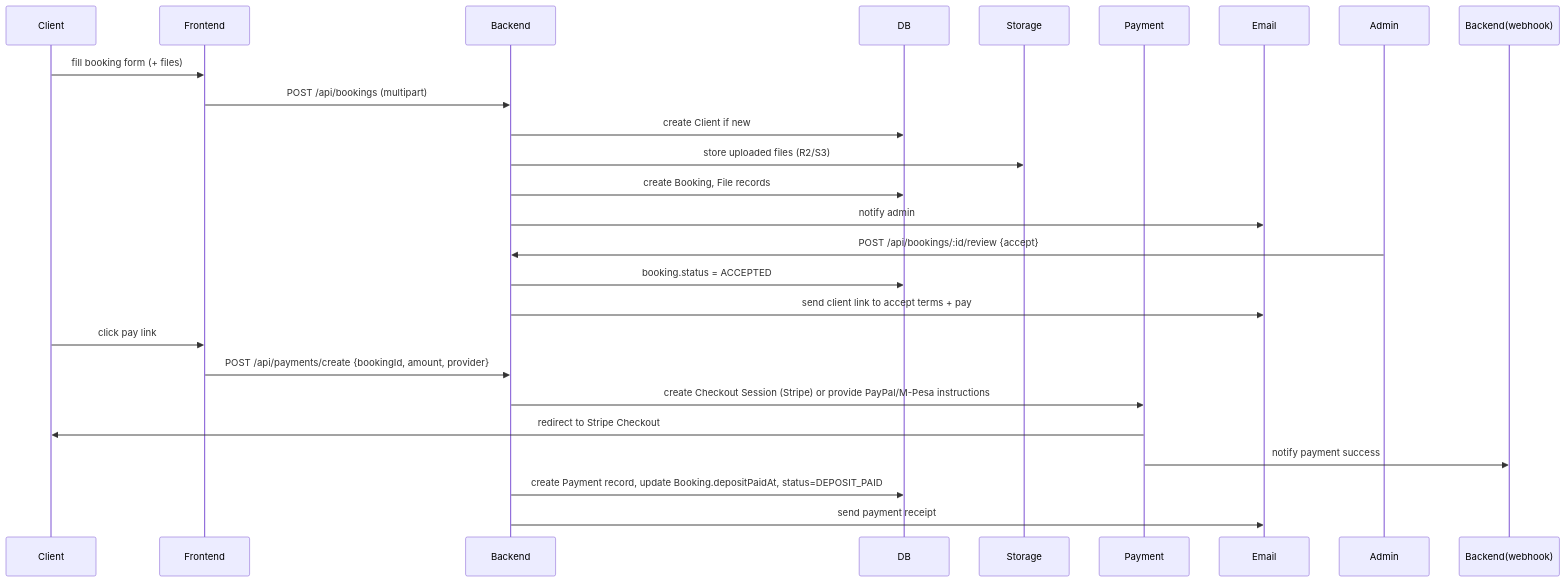
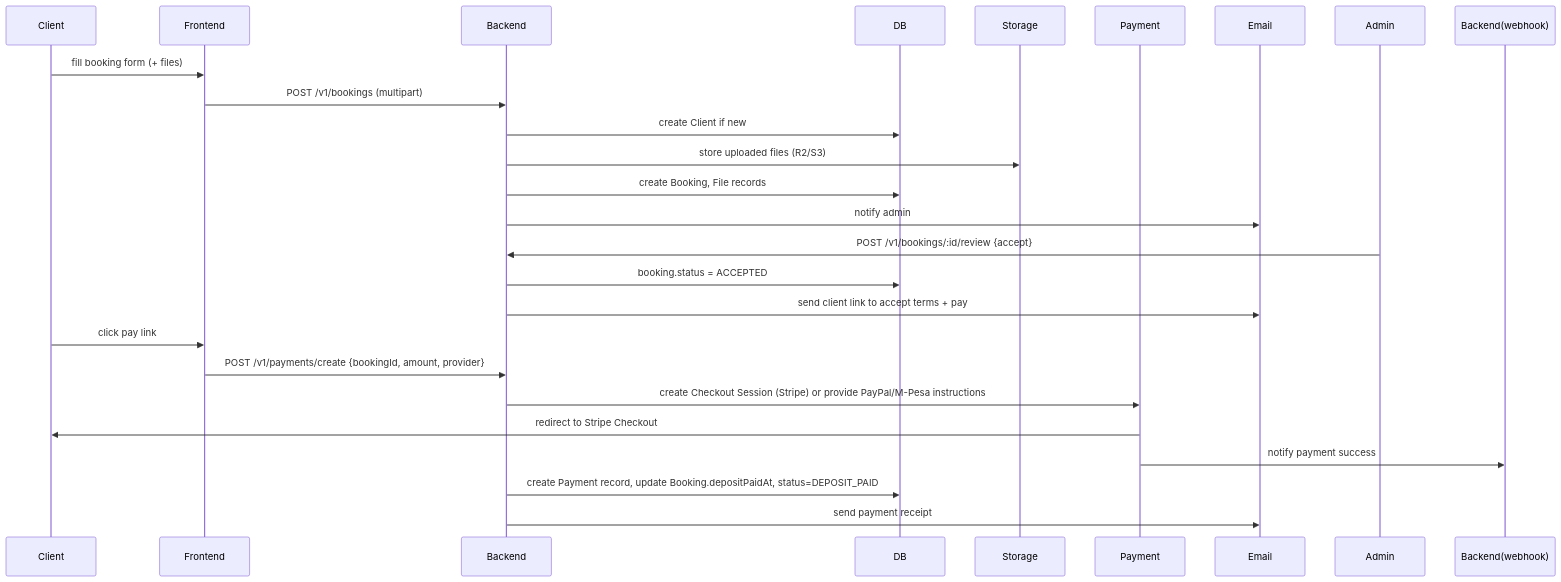
The second of 2 diagrams in docs/ARCHITECTURE.md (AngiSoft-Technologies/company_portfolio), drawn with Mermaid before and after one commit. The commit also changed other lines of this file and 281 other files, not shown here.

````diff
--- a/docs/ARCHITECTURE.md
+++ b/docs/ARCHITECTURE.md
@@ -54,27 +54,27 @@
 ```mermaid
 sequenceDiagram
   participant Client
   participant Frontend
   participant Backend
   participant DB
   participant Storage
   participant Payment
   participant Email
 
   Client->>Frontend: fill booking form (+ files)
-  Frontend->>Backend: POST /api/bookings (multipart)
+  Frontend->>Backend: POST /v1/bookings (multipart)
   Backend->>DB: create Client if new
   Backend->>Storage: store uploaded files (R2/S3)
   Backend->>DB: create Booking, File records
   Backend->>Email: notify admin
-  Admin->>Backend: POST /api/bookings/:id/review {accept}
+  Admin->>Backend: POST /v1/bookings/:id/review {accept}
   Backend->>DB: booking.status = ACCEPTED
   Backend->>Email: send client link to accept terms + pay
   Client->>Frontend: click pay link
-  Frontend->>Backend: POST /api/payments/create {bookingId, amount, provider}
+  Frontend->>Backend: POST /v1/payments/create {bookingId, amount, provider}
   Backend->>Payment: create Checkout Session (Stripe) or provide PayPal/M-Pesa instructions
   Payment->>Client: redirect to Stripe Checkout
   Payment->>Backend(webhook): notify payment success
   Backend->>DB: create Payment record, update Booking.depositPaidAt, status=DEPOSIT_PAID
   Backend->>Email: send payment receipt
 ```
````
